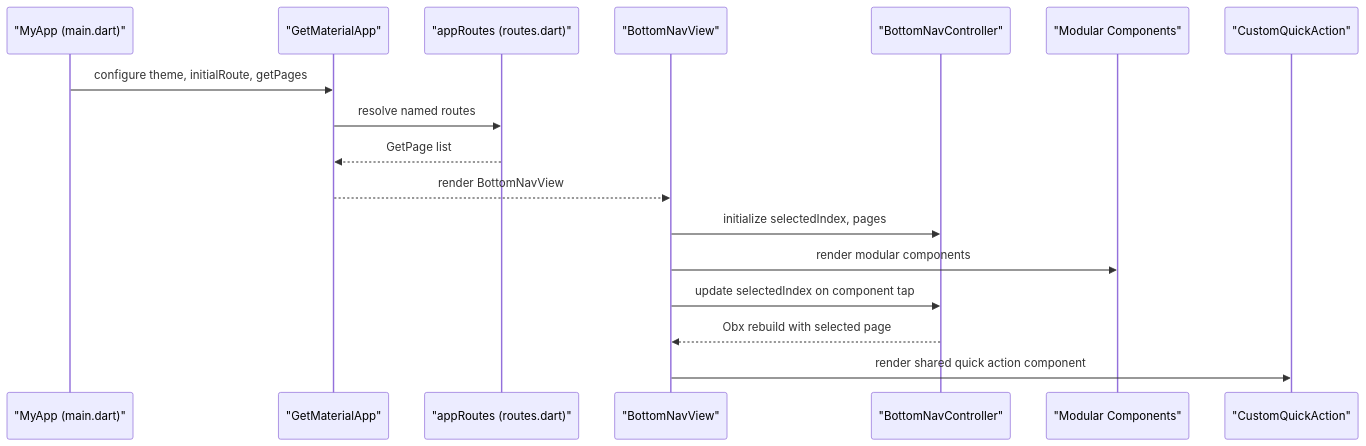
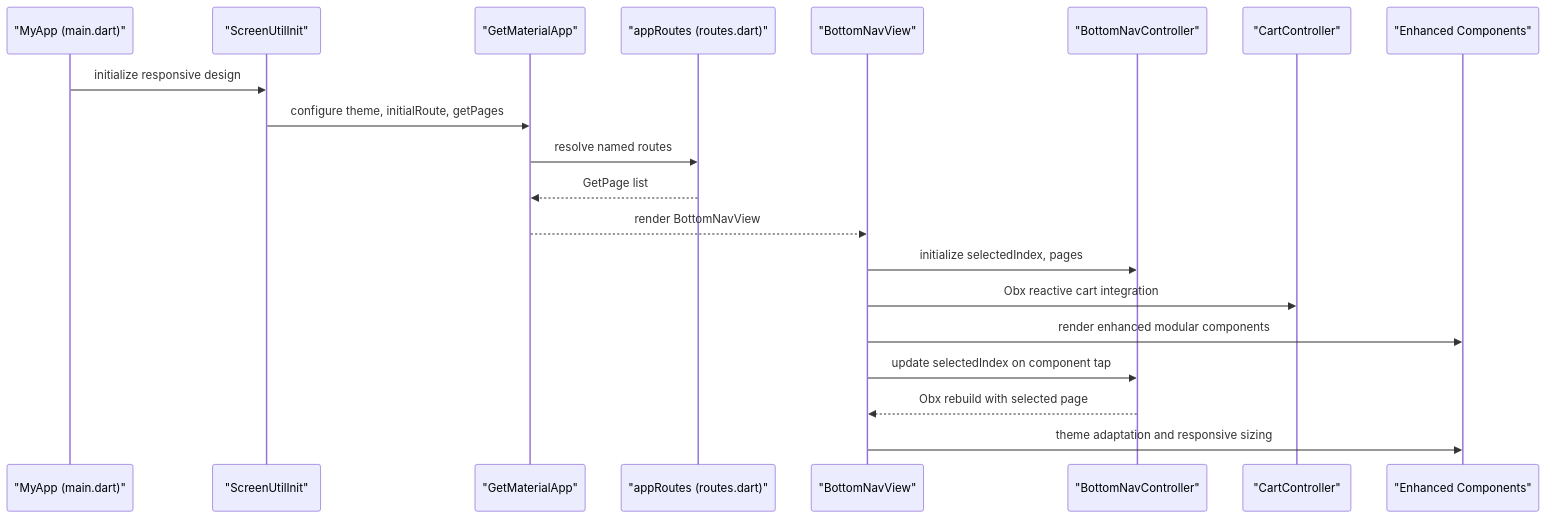
The second of 11 diagrams in .qoder/repowiki/en/content/Core Features/Dashboard and Navigation.md (Ariful3111/FurniGo), drawn with Mermaid before and after one commit. The commit also changed other lines of this file and 3 other files, not shown here.

````diff
--- a/.qoder/repowiki/en/content/Core Features/Dashboard and Navigation.md
+++ b/.qoder/repowiki/en/content/Core Features/Dashboard and Navigation.md
@@ -158,19 +157,22 @@
 ```mermaid
 sequenceDiagram
 participant App as "MyApp (main.dart)"
+participant ScreenUtil as "ScreenUtilInit"
 participant Router as "GetMaterialApp"
 participant Routes as "appRoutes (routes.dart)"
 participant Nav as "BottomNavView"
 participant Ctrl as "BottomNavController"
-participant Items as "Modular Components"
-participant QAC as "CustomQuickAction"
-App->>Router : configure theme, initialRoute, getPages
+participant CartCtrl as "CartController"
+participant Items as "Enhanced Components"
+App->>ScreenUtil : initialize responsive design
+ScreenUtil->>Router : configure theme, initialRoute, getPages
 Router->>Routes : resolve named routes
 Routes-->>Router : GetPage list
 Router-->>Nav : render BottomNavView
 Nav->>Ctrl : initialize selectedIndex, pages
-Nav->>Items : render modular components
+Nav->>CartCtrl : Obx reactive cart integration
+Nav->>Items : render enhanced modular components
 Nav->>Ctrl : update selectedIndex on component tap
 Ctrl-->>Nav : Obx rebuild with selected page
-Nav->>QAC : render shared quick action component
+Nav->>Items : theme adaptation and responsive sizing
 ```
````
